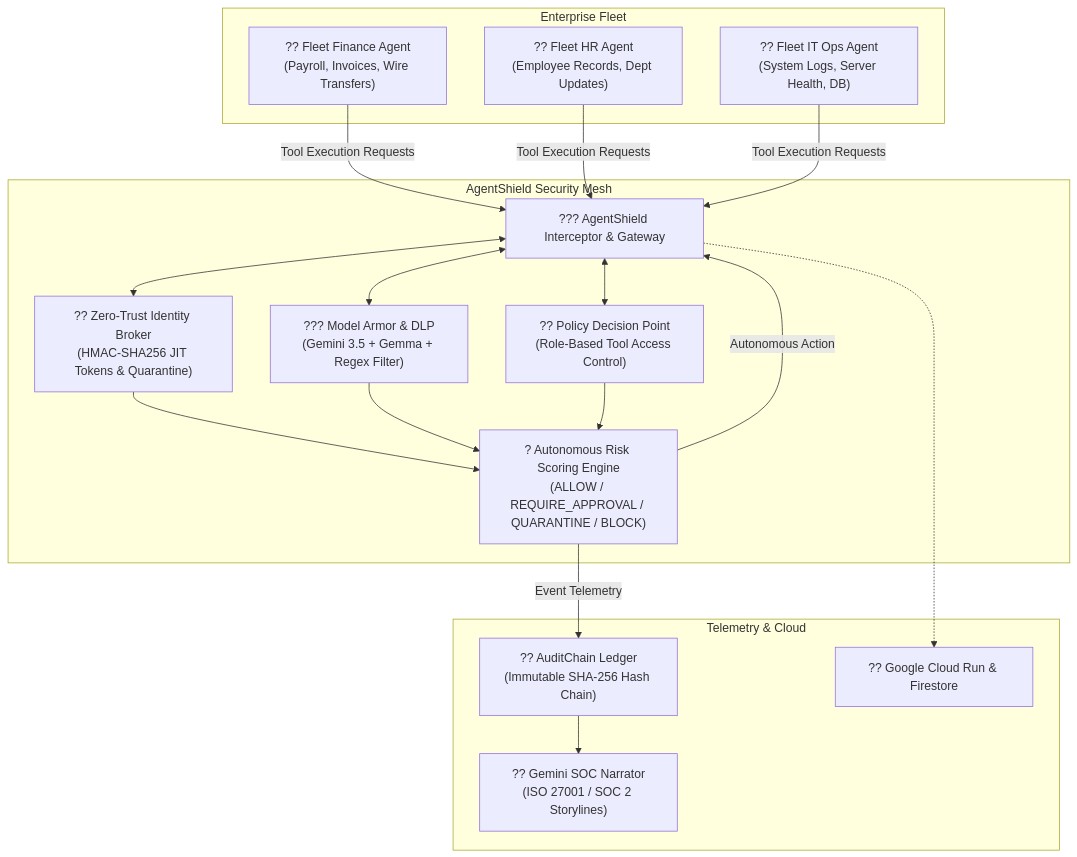
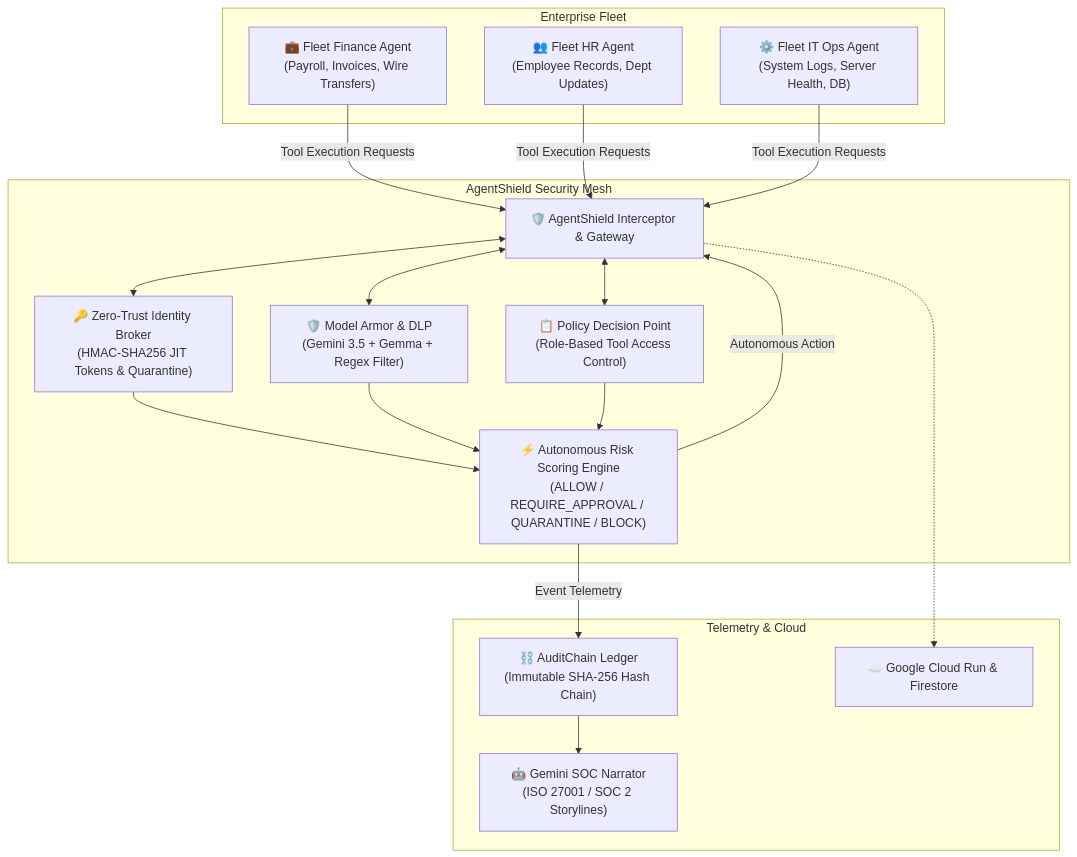
Before and after one commit to nandhakumar-murugan/agentshield: the first of 2 diagrams in README.md, drawn with Mermaid. The commit also changed other lines of this file, not shown here.

````diff
--- a/README.md
+++ b/README.md
@@ -57,32 +57,32 @@
 ```mermaid
 flowchart TD
     subgraph Enterprise Fleet
-        FA["?? Fleet Finance Agent<br/>(Payroll, Invoices, Wire Transfers)"]
-        HA["?? Fleet HR Agent<br/>(Employee Records, Dept Updates)"]
-        IA["?? Fleet IT Ops Agent<br/>(System Logs, Server Health, DB)"]
+        FA["💼 Fleet Finance Agent<br/>(Payroll, Invoices, Wire Transfers)"]
+        HA["👥 Fleet HR Agent<br/>(Employee Records, Dept Updates)"]
+        IA["⚙️ Fleet IT Ops Agent<br/>(System Logs, Server Health, DB)"]
     end
 
     subgraph AgentShield Security Mesh
-        GW["??? AgentShield Interceptor & Gateway"]
-        ID["?? Zero-Trust Identity Broker<br/>(HMAC-SHA256 JIT Tokens & Quarantine)"]
-        MA["??? Model Armor & DLP<br/>(Gemini 3.5 + Gemma + Regex Filter)"]
-        PE["?? Policy Decision Point<br/>(Role-Based Tool Access Control)"]
-        RE["? Autonomous Risk Scoring Engine<br/>(ALLOW / REQUIRE_APPROVAL / QUARANTINE / BLOCK)"]
+        GW["🛡️ AgentShield Interceptor & Gateway"]
+        ID["🔑 Zero-Trust Identity Broker<br/>(HMAC-SHA256 JIT Tokens & Quarantine)"]
+        MA["🛡️ Model Armor & DLP<br/>(Gemini 3.5 + Gemma + Regex Filter)"]
+        PE["📋 Policy Decision Point<br/>(Role-Based Tool Access Control)"]
+        RE["⚡ Autonomous Risk Scoring Engine<br/>(ALLOW / REQUIRE_APPROVAL / QUARANTINE / BLOCK)"]
     end
 
     subgraph Telemetry & Cloud
-        AC["?? AuditChain Ledger<br/>(Immutable SHA-256 Hash Chain)"]
-        NR["?? Gemini SOC Narrator<br/>(ISO 27001 / SOC 2 Storylines)"]
-        GCP["?? Google Cloud Run & Firestore"]
+        AC["⛓️ AuditChain Ledger<br/>(Immutable SHA-256 Hash Chain)"]
+        NR["🤖 Gemini SOC Narrator<br/>(ISO 27001 / SOC 2 Storylines)"]
+        GCP["☁️ Google Cloud Run & Firestore"]
     end
 
     FA & HA & IA -->|Tool Execution Requests| GW
     GW <--> ID
     GW <--> MA
     GW <--> PE
     ID & MA & PE --> RE
     RE -->|Autonomous Action| GW
     RE -->|Event Telemetry| AC
     AC --> NR
     GW -.-> GCP
 ```
````
